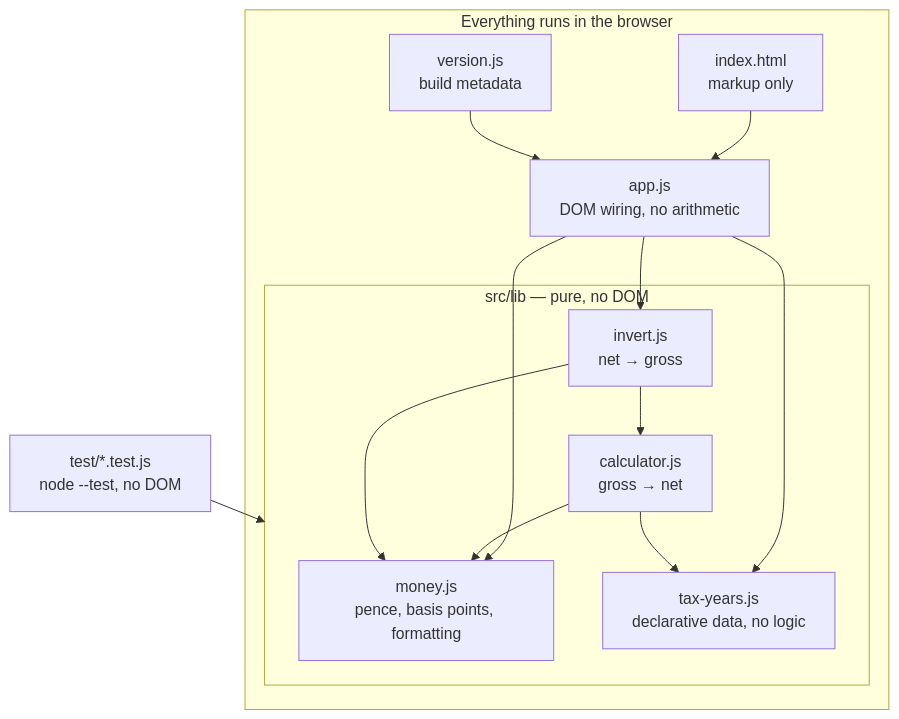
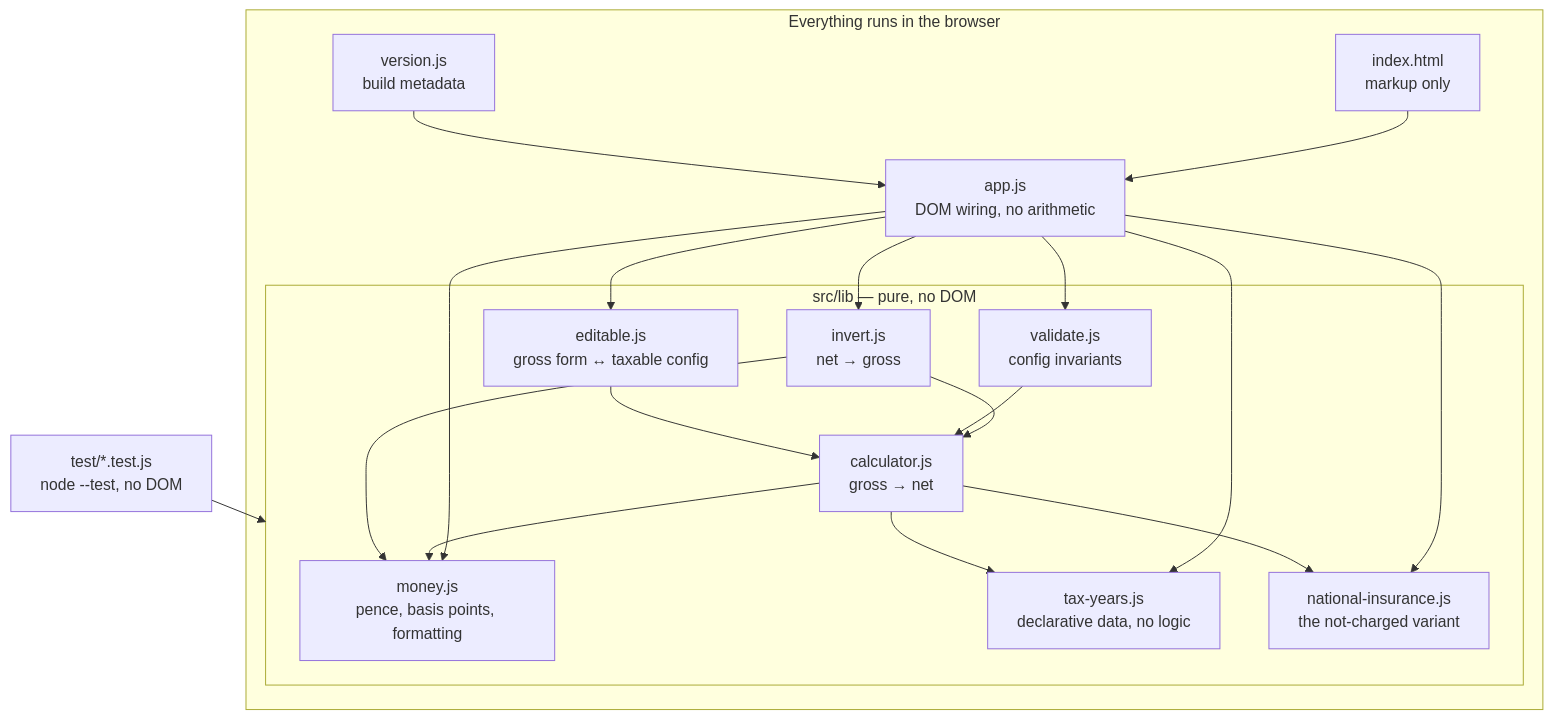
Before and after one commit to mnem/wager: the first of 3 diagrams in docs/architecture.md, drawn with Mermaid. The commit also changed other lines of this file and 2 other files, not shown here.

First line of the commit message:
docs: record why the switch is a config variant and not a mode

````diff
--- a/docs/architecture.md
+++ b/docs/architecture.md
@@ -17,27 +17,36 @@
 ```mermaid
 flowchart TD
     subgraph browser["Everything runs in the browser"]
         html["index.html<br/>markup only"]
         app["app.js<br/>DOM wiring, no arithmetic"]
         version["version.js<br/>build metadata"]
 
         subgraph lib["src/lib — pure, no DOM"]
             money["money.js<br/>pence, basis points, formatting"]
             years["tax-years.js<br/>declarative data, no logic"]
             calc["calculator.js<br/>gross → net"]
             invert["invert.js<br/>net → gross"]
+            validate["validate.js<br/>config invariants"]
+            editable["editable.js<br/>gross form ↔ taxable config"]
+            ni["national-insurance.js<br/>the not-charged variant"]
         end
     end
 
     html --> app
     version --> app
     app --> invert
     app --> money
     app --> years
+    app --> validate
+    app --> editable
+    app --> ni
     invert --> calc
     calc --> years
     calc --> money
+    calc --> ni
     invert --> money
+    validate --> calc
+    editable --> calc
 
     tests["test/*.test.js<br/>node --test, no DOM"] --> lib
 ```
````
